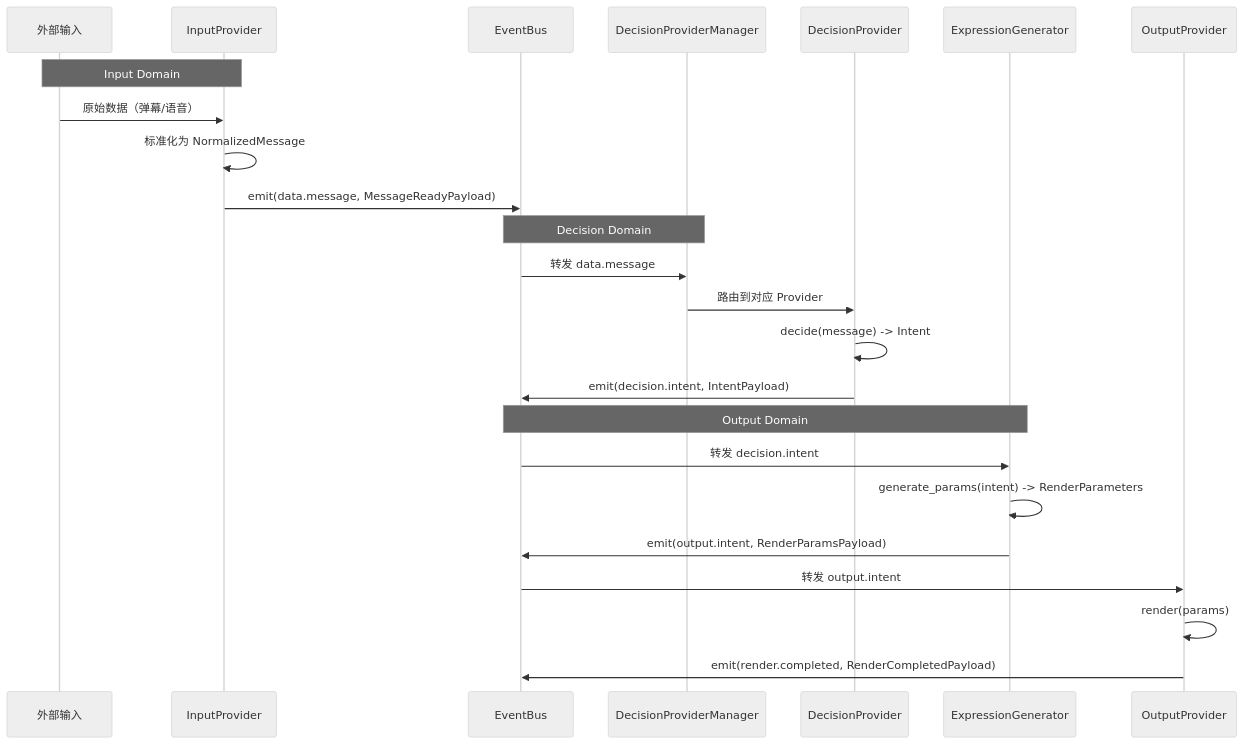
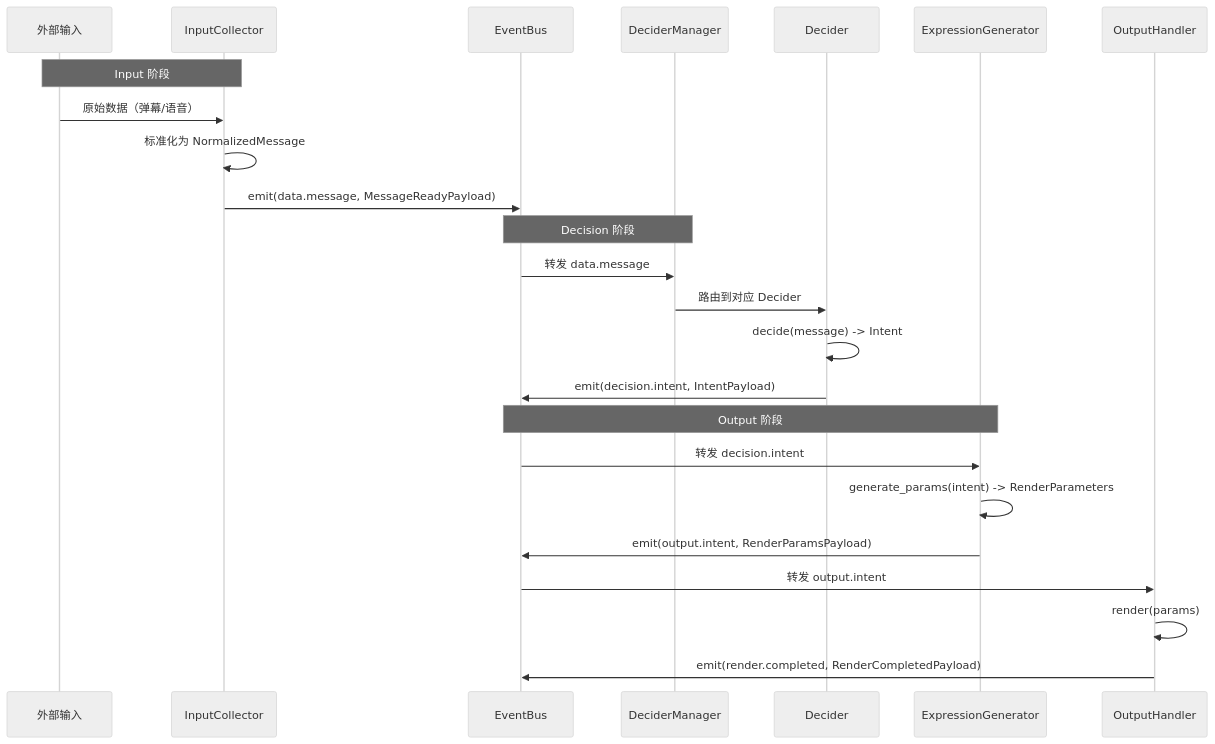
The third of 5 diagrams in docs/architecture/data-flow.md (Mai-with-u/Amaidesu), drawn with Mermaid (neutral theme) before and after one commit. The commit also changed other lines of this file and 169 other files, not shown here.

First line of the commit message:
重构: 移除 Provider 抽象层，改名为 Collector/Decider/Handler

````diff
--- a/docs/architecture/data-flow.md
+++ b/docs/architecture/data-flow.md
@@ -492,33 +492,33 @@
 ```mermaid
 sequenceDiagram
     participant Ext as 外部输入
-    participant IP as InputProvider
+    participant IP as InputCollector
     participant EB as EventBus
-    participant DM as DecisionProviderManager
-    participant DP as DecisionProvider
+    participant DM as DeciderManager
+    participant DP as Decider
     participant EG as ExpressionGenerator
-    participant OP as OutputProvider
+    participant OP as OutputHandler
 
-    Note over Ext,IP: Input Domain
+    Note over Ext,IP: Input 阶段
 
     Ext->>IP: 原始数据（弹幕/语音）
     IP->>IP: 标准化为 NormalizedMessage
     IP->>EB: emit(data.message, MessageReadyPayload)
 
-    Note over DM,EB: Decision Domain
+    Note over DM,EB: Decision 阶段
 
     EB->>DM: 转发 data.message
-    DM->>DP: 路由到对应 Provider
+    DM->>DP: 路由到对应 Decider
     DP->>DP: decide(message) -> Intent
     DP->>EB: emit(decision.intent, IntentPayload)
 
-    Note over EG,EB: Output Domain
+    Note over EG,EB: Output 阶段
 
     EB->>EG: 转发 decision.intent
     EG->>EG: generate_params(intent) -> RenderParameters
     EG->>EB: emit(output.intent, RenderParamsPayload)
 
     EB->>OP: 转发 output.intent
     OP->>OP: render(params)
     OP->>EB: emit(render.completed, RenderCompletedPayload)
 ```
````
